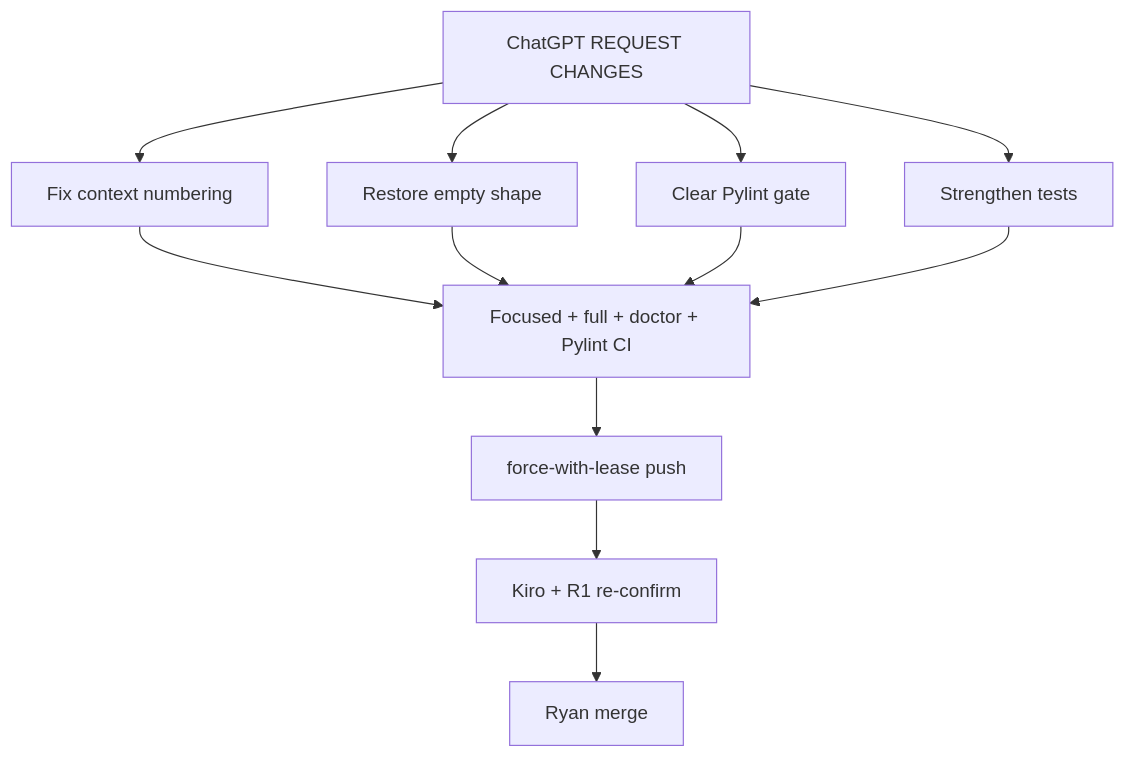
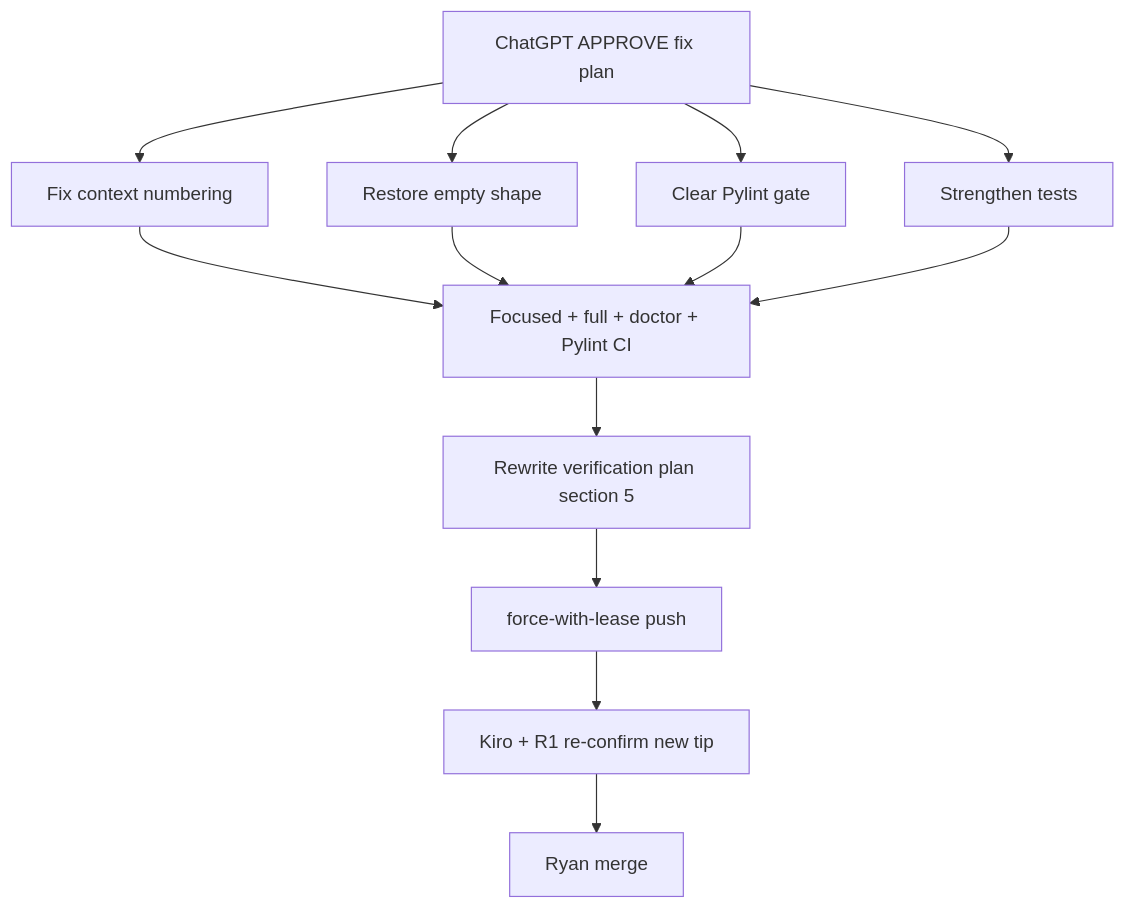
Before and after one commit to alanmz-crypto/convmem: the diagram in docs/inter-model/debate-2026-07-15-who-fixes-retrieval/planning/CURSOR-fix-plan-pr35-chatgpt-request-changes.md, drawn with Mermaid. The commit also changed other lines of this file and 3 other files, not shown here.

First line of the commit message:
docs: approve PR #35 fix plan; mark verification checklist stale

````diff
--- a/docs/inter-model/debate-2026-07-15-who-fixes-retrieval/planning/CURSOR-fix-plan-pr35-chatgpt-request-changes.md
+++ b/docs/inter-model/debate-2026-07-15-who-fixes-retrieval/planning/CURSOR-fix-plan-pr35-chatgpt-request-changes.md
@@ -25,14 +27,15 @@
 ```mermaid
 flowchart TD
-  chatgpt[ChatGPT REQUEST CHANGES] --> fixNum[Fix context numbering]
+  chatgpt[ChatGPT APPROVE fix plan] --> fixNum[Fix context numbering]
   chatgpt --> fixEmpty[Restore empty shape]
   chatgpt --> fixLint[Clear Pylint gate]
   chatgpt --> fixTests[Strengthen tests]
   fixNum --> verify[Focused + full + doctor + Pylint CI]
   fixEmpty --> verify
   fixLint --> verify
   fixTests --> verify
-  verify --> push[force-with-lease push]
-  push --> partners[Kiro + R1 re-confirm]
+  verify --> rewrite[Rewrite verification plan section 5]
+  rewrite --> push[force-with-lease push]
+  push --> partners[Kiro + R1 re-confirm new tip]
   partners --> ryan[Ryan merge]
 ```
````
